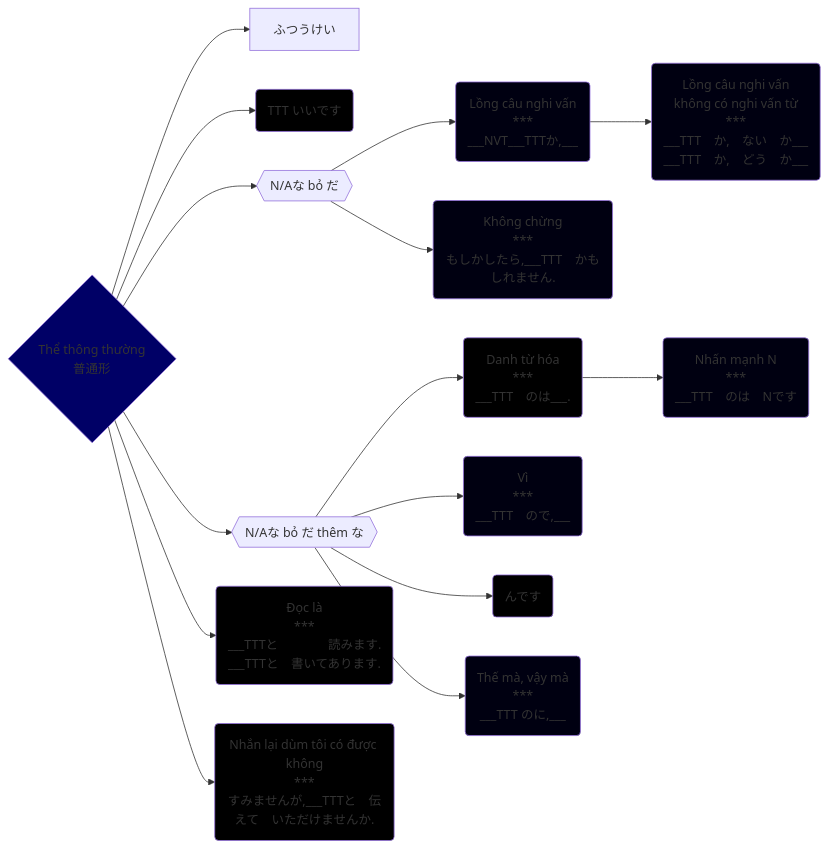
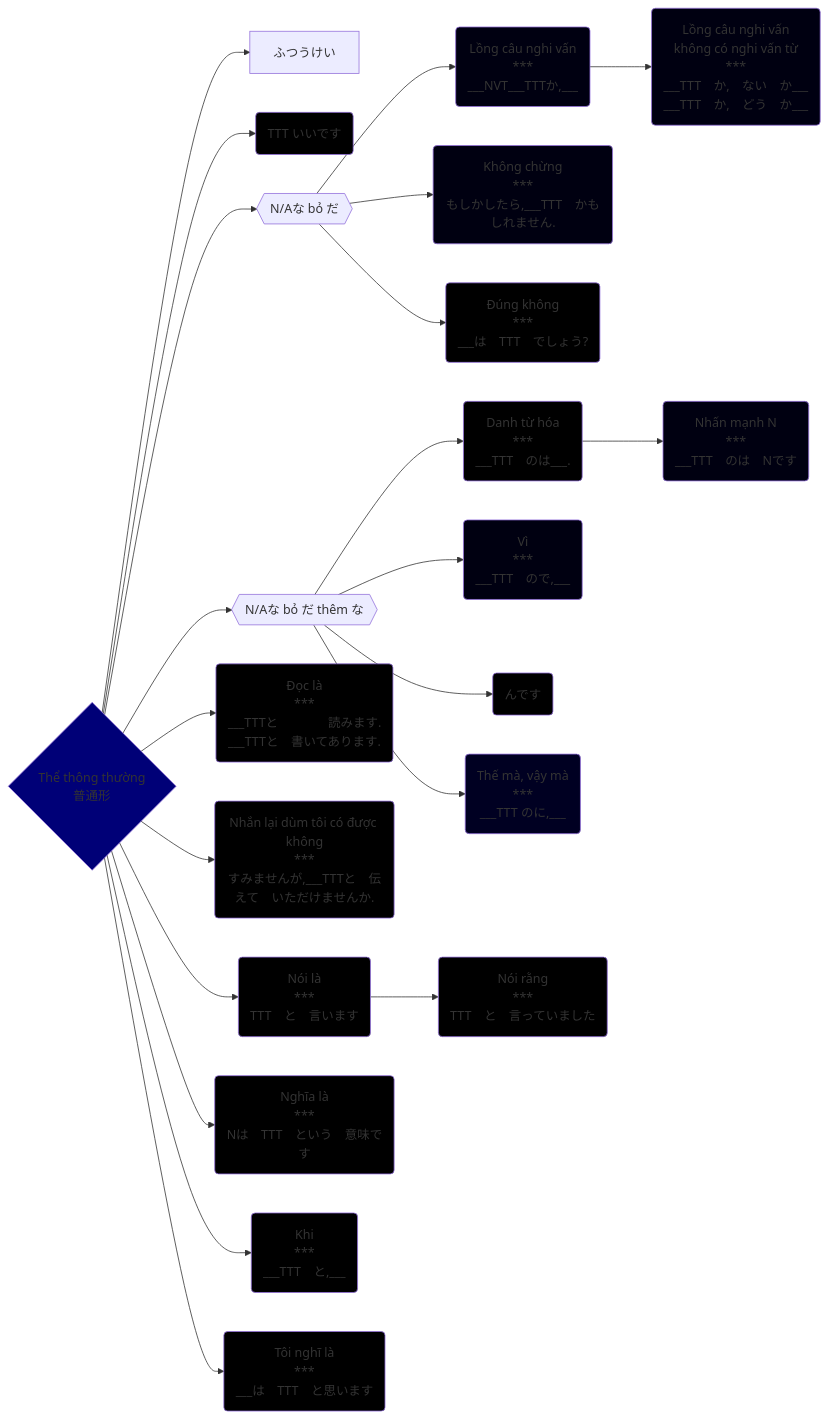
One commit to tea1504/learn changed the diagram in The/普通形.md. Above: the diagram before and after it, drawn with Mermaid. The commit also changed 16 other files, not shown here.

````diff
--- a/The/普通形.md
+++ b/The/普通形.md
@@ -1,30 +1,42 @@
 ```mermaid
 graph LR;
     TTT{Thể thông thường\n普通形}-->ふつうけい
     TTT-->nen(TTT いいです)
     TTT-->boDa{{N/Aな bỏ だ}}
     boDa-->longCauNghiVan(Lồng câu nghi vấn\n***\n___NVT___TTTか,___)
     longCauNghiVan-->longCauNghiVan2(Lồng câu nghi vấn\n không có nghi vấn từ\n***\n___TTT　か,　ない　か___\n___TTT　か,　どう　か___)
     boDa-->khongChung(Không chừng\n***\nもしかしたら,___TTT　かもしれません.)
     TTT-->boDaThemNa{{N/Aな bỏ だ thêm な}}
     boDaThemNa-->danhTuHoa(Danh từ hóa\n***\n___TTT　のは___.)
     danhTuHoa-->nhanManhN(Nhấn mạnh N\n***\n___TTT　のは　Nです)
     boDaThemNa-->vi(Vì\n***\n___TTT　ので,___)
     TTT-->docLaVietLa(Đọc là\n***\n___TTTと　　　　読みます.\n___TTTと　書いてあります.)
     boDaThemNa-->ndesu(んです)
     boDaThemNa-->theMaVayMa(Thế mà, vậy mà\n***\n___TTT のに,___)
     TTT-->nhanLaiDumToi(Nhắn lại dùm tôi có được không\n***\nすみませんが,___TTTと　伝えて　いただけませんか.)
+    TTT-->noiLa(Nói là\n***\nTTT　と　言います)
+    noiLa-->noiRang(Nói rằng\n***\nTTT　と　言っていました)
+    TTT-->nghiaLa(Nghĩa là\n***\nNは　TTT　という　意味です)
+    boDa-->dungKhong(Đúng không\n***\n___は　TTT　でしょう?)
+    TTT-->khi(Khi\n***\n___TTT　と,___)
+    TTT-->toiNghiLa(Tôi nghĩ là\n***\n___は　TTT　と思います)
 
-    style TTT fill:#006
+    style TTT fill:#007
     style danhTuHoa fill:#000
     style docLaVietLa fill:#000
+    style dungKhong fill:#000
+    style khi fill:#000
     style khongChung fill:#001
     style longCauNghiVan fill:#001
     style longCauNghiVan2 fill:#001
     style ndesu fill:#000
     style nen fill:#000
+    style nghiaLa fill:#000
+    style nhanLaiDumToi fill:#000
     style nhanManhN fill:#001
-    style theMaVayMa fill:#001
+    style noiLa fill:#000
+    style noiRang fill:#000
+    style theMaVayMa fill:#002
+    style toiNghiLa fill:#000
     style vi fill:#001
-    style nhanLaiDumToi fill:#000
 ```
````
